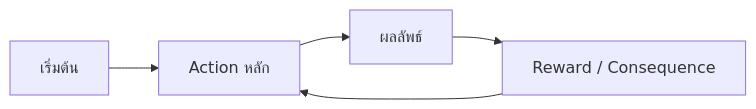
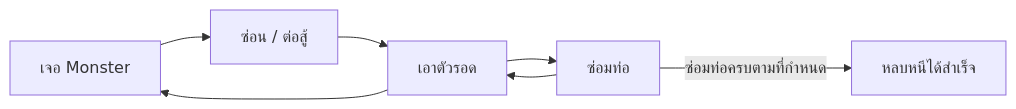
One commit to Sambopukkazz/DG225_CoreX changed the first of 3 diagrams in docs/01_GDD/01-core-loop.md. Above: the diagram before and after it, drawn with Mermaid. The commit also changed other lines of this file and 71 other files, not shown here.

````diff
--- a/docs/01_GDD/01-core-loop.md
+++ b/docs/01_GDD/01-core-loop.md
@@ -10,7 +15,9 @@
 ```mermaid
 flowchart LR
-    A[เริ่มต้น] --> B[Action หลัก]
-    B --> C[ผลลัพธ์]
-    C --> D[Reward / Consequence]
-    D --> B
+    A[เจอ Monster] --> B[ซ่อน / ต่อสู้]
+    B --> C[เอาตัวรอด]
+    C --> A
+    C --> D[ซ่อมท่อ]
+    D --> C
+    D -->|ซ่อมท่อครบตามที่กำหนด| E[หลบหนีได้สำเร็จ]
 ```
````
